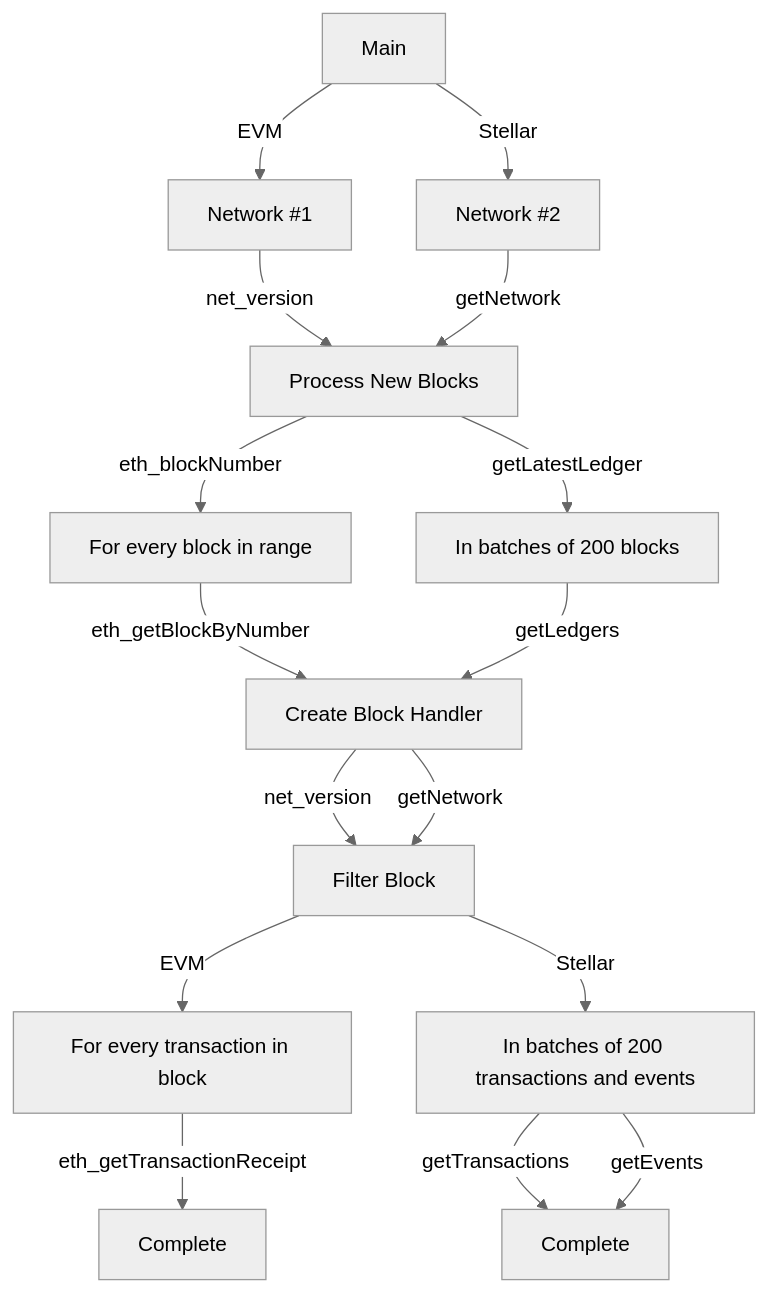
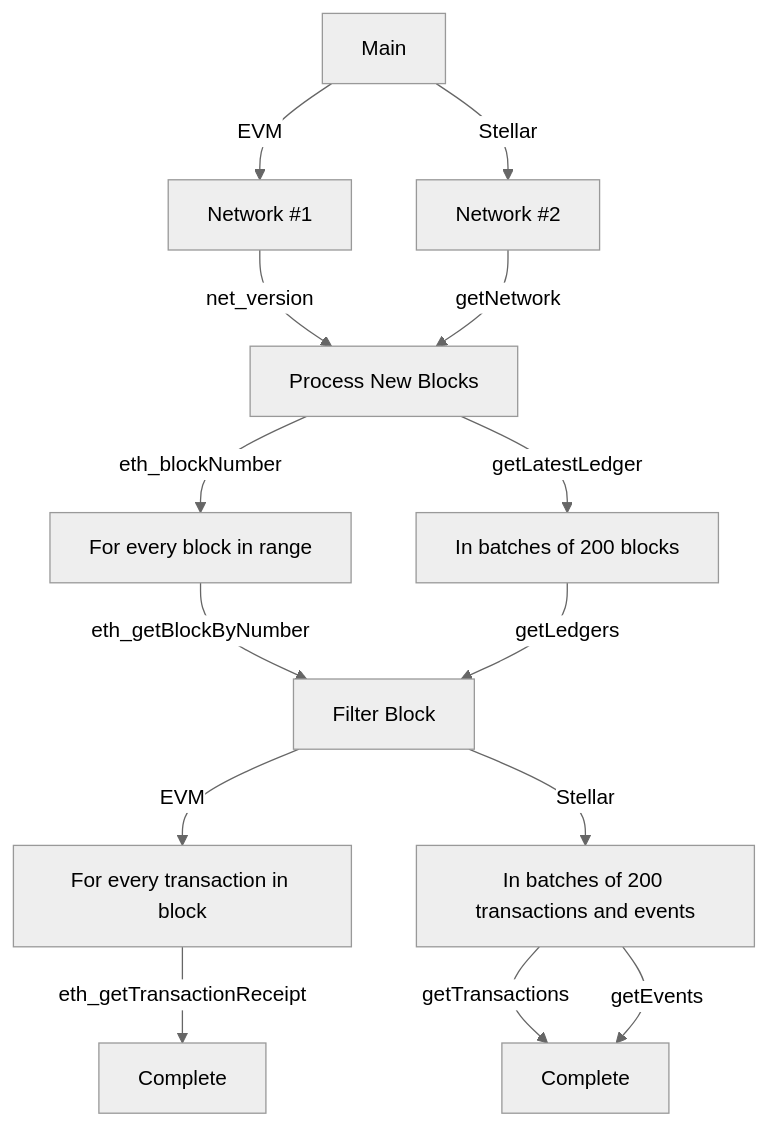
One commit to stevedylandev/openzeppelin-monitor changed the second of 2 diagrams in docs/modules/ROOT/pages/rpc.adoc. Above: the diagram before and after it, drawn with Mermaid (neutral theme). The commit also changed other lines of this file, not shown here.

Commit message:
docs: Update RPC documentation after client pool feature (#96)

```diff
--- a/docs/modules/ROOT/pages/rpc.adoc
+++ b/docs/modules/ROOT/pages/rpc.adoc
@@ -197,20 +197,18 @@
 [mermaid,width=100%]
 ....
 graph TD
     A[Main] -->|EVM| B[Network #1]
     A[Main] -->|Stellar| C[Network #2]
     B -->|net_version| D[Process New Blocks]
     C -->|getNetwork| D
     D -->|eth_blockNumber| E[For every block in range]
     D -->|getLatestLedger| F[In batches of 200 blocks]
-    E -->|eth_getBlockByNumber| G[Create Block Handler]
+    E -->|eth_getBlockByNumber| G[Filter Block]
     F -->|getLedgers| G
-    G -->|net_version| H[Filter Block]
-    G -->|getNetwork| H
-    H -->|EVM| J[For every transaction in block]
+    G -->|EVM| J[For every transaction in block]
     J -->|eth_getTransactionReceipt| I[Complete]
-    H -->|Stellar| K[In batches of 200 transactions and events]
+    G -->|Stellar| K[In batches of 200 transactions and events]
     K -->|getTransactions| L[Complete]
     K -->|getEvents| L[Complete]
 
 ....
```
